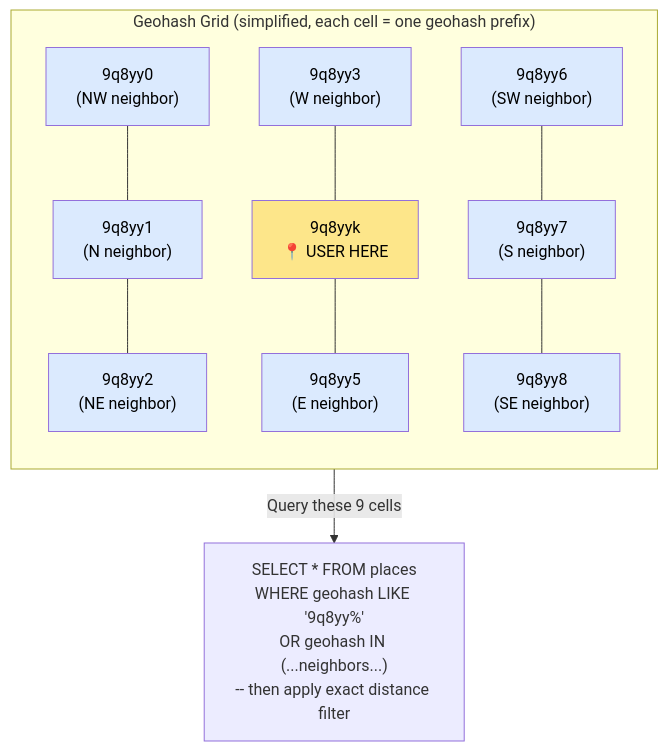
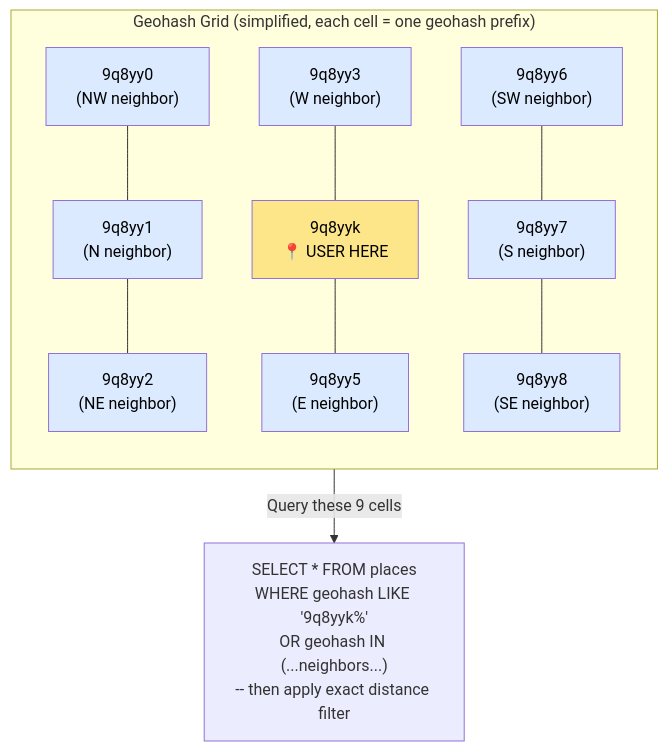
The second of 4 diagrams in Level-07-Big-Data-and-Specialized/07-Geospatial-Indexing/README.md (Ankan1998/learn-system-design), drawn with Mermaid before and after one commit. The commit also changed other lines of this file and 139 other files, not shown here.

````diff
--- a/Level-07-Big-Data-and-Specialized/07-Geospatial-Indexing/README.md
+++ b/Level-07-Big-Data-and-Specialized/07-Geospatial-Indexing/README.md
@@ -153,21 +153,21 @@
 ```mermaid
 flowchart TD
     subgraph Grid["Geohash Grid (simplified, each cell = one geohash prefix)"]
         direction TB
         G1["9q8yy0<br/>(NW neighbor)"] --- G2["9q8yy1<br/>(N neighbor)"] --- G3["9q8yy2<br/>(NE neighbor)"]
         G4["9q8yy3<br/>(W neighbor)"] --- G5["9q8yyk<br/>📍 USER HERE"] --- G6["9q8yy5<br/>(E neighbor)"]
         G7["9q8yy6<br/>(SW neighbor)"] --- G8["9q8yy7<br/>(S neighbor)"] --- G9["9q8yy8<br/>(SE neighbor)"]
     end
 
-    G5 -->|"Query these 9 cells"| Q["SELECT * FROM places<br/>WHERE geohash LIKE '9q8yy%'<br/>OR geohash IN (...neighbors...)<br/>-- then apply exact distance filter"]
+    G5 -->|"Query these 9 cells"| Q["SELECT * FROM places<br/>WHERE geohash LIKE '9q8yyk%'<br/>OR geohash IN (...neighbors...)<br/>-- then apply exact distance filter"]
 
     style G5 fill:#fde68a,color:#000
     style G1 fill:#dbeafe,color:#000
     style G2 fill:#dbeafe,color:#000
     style G3 fill:#dbeafe,color:#000
     style G4 fill:#dbeafe,color:#000
     style G6 fill:#dbeafe,color:#000
     style G7 fill:#dbeafe,color:#000
     style G8 fill:#dbeafe,color:#000
     style G9 fill:#dbeafe,color:#000
 ```
````
